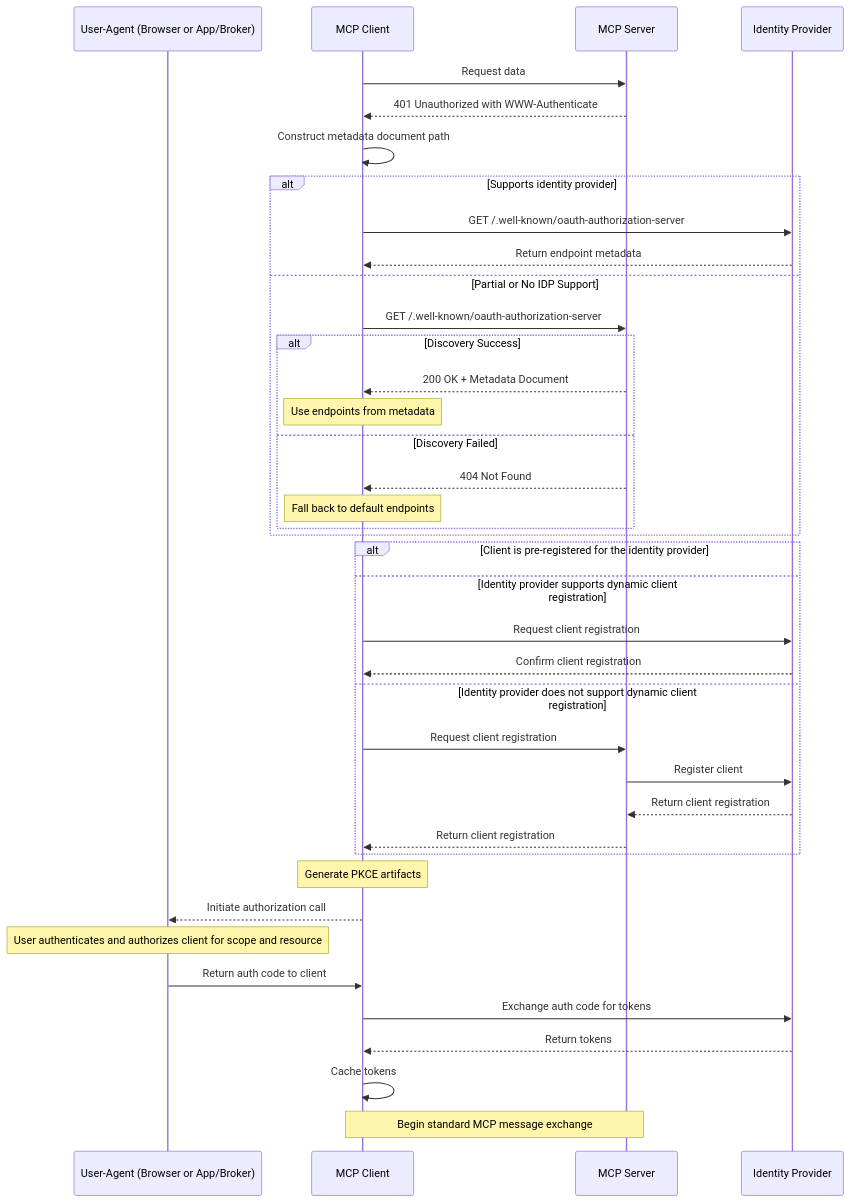
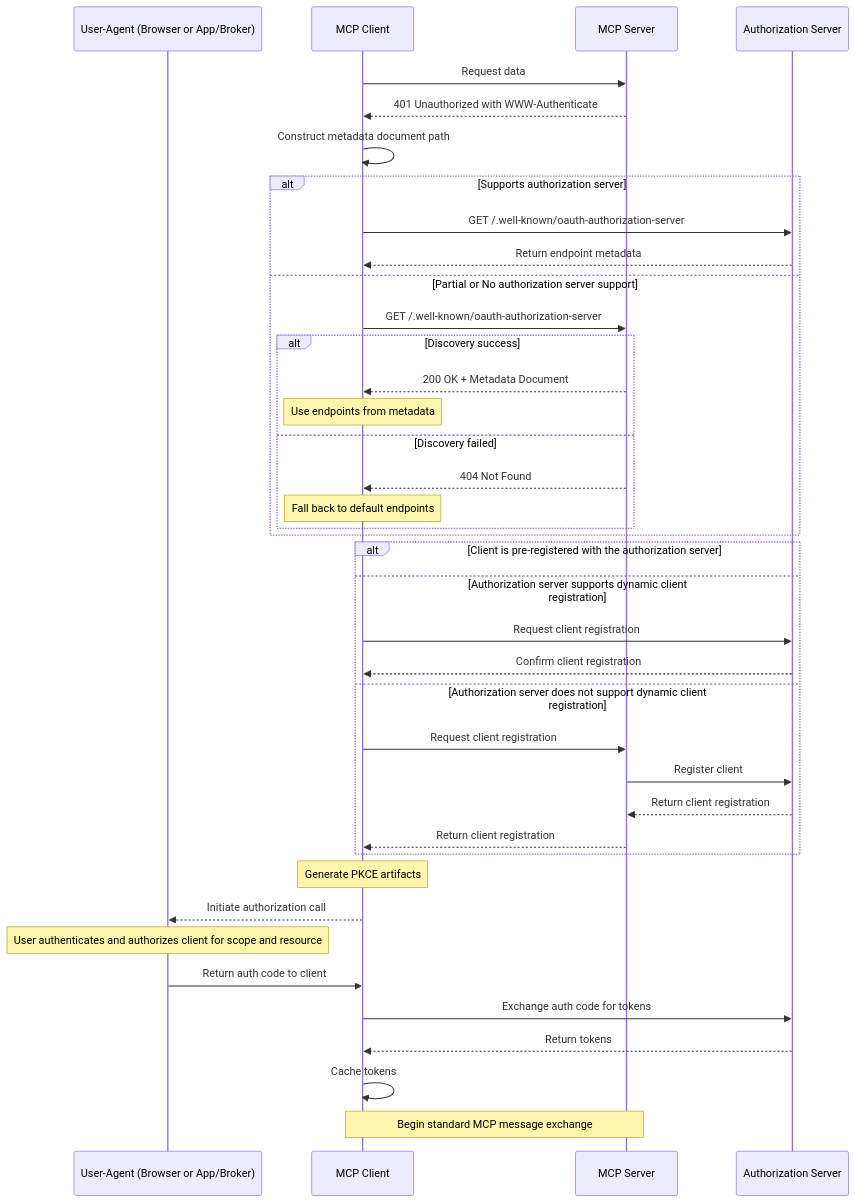
Before and after one commit to pcarleton/specification: the third of 4 diagrams in docs/specification/2025-03-26/basic/authorization.mdx, drawn with Mermaid. The commit also changed other lines of this file, not shown here.

````diff
--- a/docs/specification/2025-03-26/basic/authorization.mdx
+++ b/docs/specification/2025-03-26/basic/authorization.mdx
@@ -316,45 +315,45 @@
 ```mermaid
 sequenceDiagram
     participant UA as User-Agent (Browser or App/Broker)
     participant MC as MCP Client
     participant MS as MCP Server
-    participant IDP as Identity Provider
+    participant AUTHZS as Authorization Server
 
     MC->>MS: Request data
     MS-->>MC: 401 Unauthorized with WWW-Authenticate
     MC->>MC: Construct metadata document path
 
-    alt Supports identity provider
-        MC->>IDP: GET /.well-known/oauth-authorization-server
-        IDP-->>MC: Return endpoint metadata
-    else Partial or No IDP Support
+    alt Supports authorization server
+        MC->>AUTHZS: GET /.well-known/oauth-authorization-server
+        AUTHZS-->>MC: Return endpoint metadata
+    else Partial or No authorization server support
         MC->>MS: GET /.well-known/oauth-authorization-server
-        alt Discovery Success
+        alt Discovery success
             MS-->>MC: 200 OK + Metadata Document
             Note over MC: Use endpoints from metadata
-        else Discovery Failed
+        else Discovery failed
             MS-->>MC: 404 Not Found
             Note over MC: Fall back to default endpoints
         end
     end
 
-    alt Client is pre-registered for the identity provider
-    else Identity provider supports dynamic client registration
-        MC->>IDP: Request client registration
-        IDP-->>MC: Confirm client registration
-    else Identity provider does not support dynamic client registration
+    alt Client is pre-registered with the authorization server
+    else Authorization server supports dynamic client registration
+        MC->>AUTHZS: Request client registration
+        AUTHZS-->>MC: Confirm client registration
+    else Authorization server does not support dynamic client registration
         MC->>MS: Request client registration
-        MS->>IDP: Register client
-        IDP-->>MS: Return client registration
+        MS->>AUTHZS: Register client
+        AUTHZS-->>MS: Return client registration
         MS-->>MC: Return client registration
     end
 
     Note over MC: Generate PKCE artifacts
     MC-->>UA: Initiate authorization call
     Note over UA: User authenticates and authorizes client for scope and resource
     UA->>MC: Return auth code to client
-    MC->>IDP: Exchange auth code for tokens
-    IDP-->>MC: Return tokens
+    MC->>AUTHZS: Exchange auth code for tokens
+    AUTHZS-->>MC: Return tokens
     MC->>MC: Cache tokens
     Note over MC, MS: Begin standard MCP message exchange
 ```
````
